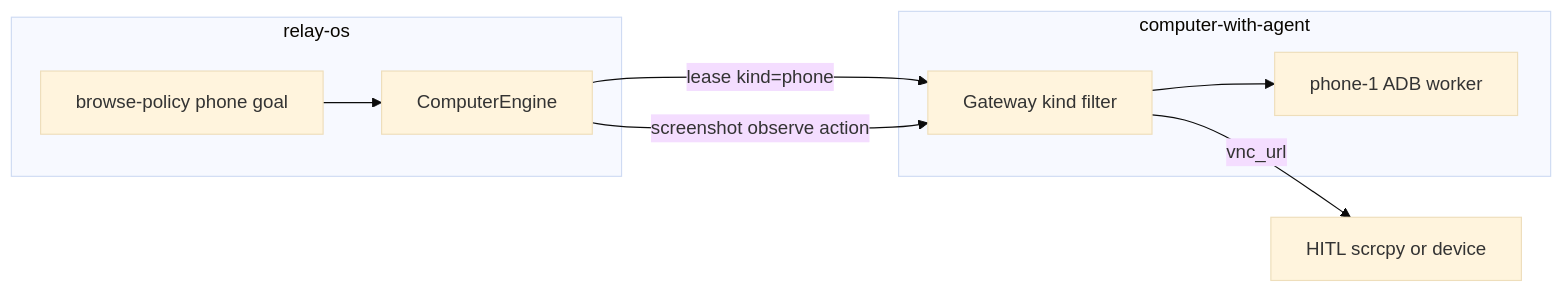
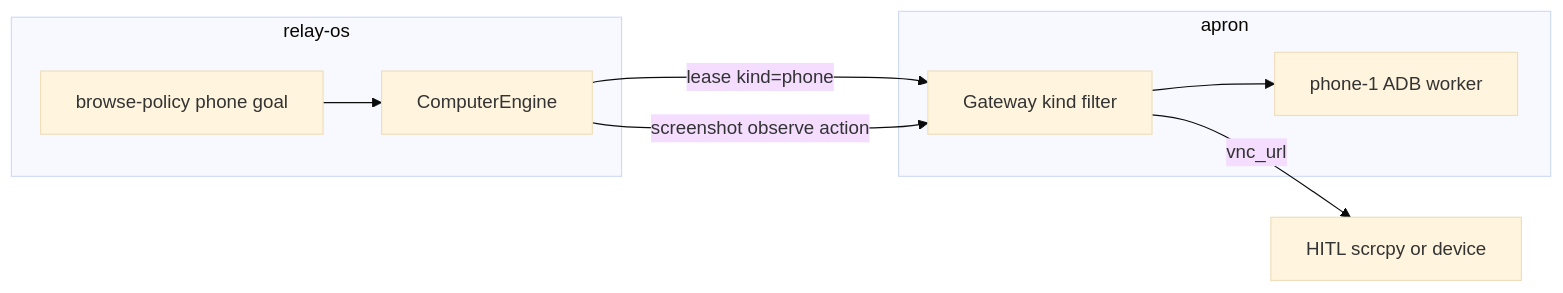
Before and after one commit to Rouche01/relay-os: the diagram in .cursor/plans/computer_phone_seat_bind.plan.md, drawn with Mermaid (base theme). The commit also changed other lines of this file and 42 other files, not shown here.

````diff
--- a/.cursor/plans/computer_phone_seat_bind.plan.md
+++ b/.cursor/plans/computer_phone_seat_bind.plan.md
@@ -56,17 +56,17 @@
 ```mermaid
 flowchart LR
   subgraph relay [relay-os]
     BP[browse-policy phone goal]
     CE[ComputerEngine]
   end
-  subgraph cwa [computer-with-agent]
+  subgraph cwa [apron]
     GW[Gateway kind filter]
     Phone[phone-1 ADB worker]
   end
   Human[HITL scrcpy or device]
   BP --> CE
   CE -->|"lease kind=phone"| GW
   CE -->|screenshot observe action| GW
   GW --> Phone
   GW -->|vnc_url| Human
 ```
````
